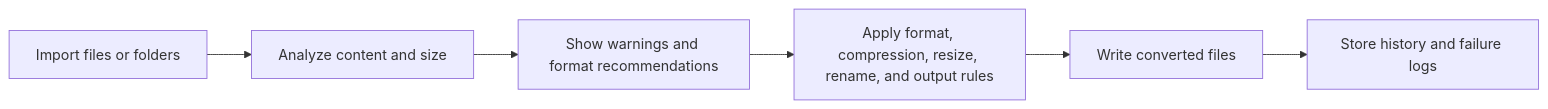
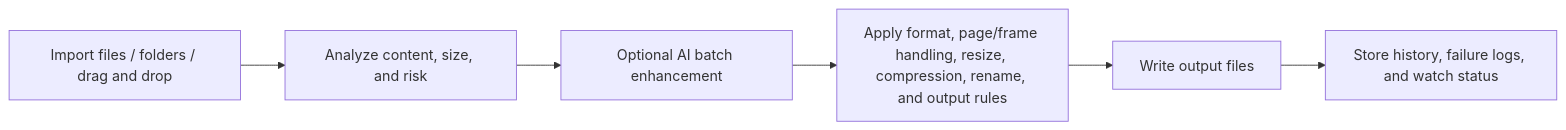
One commit to LPHYSQS/Imvix-Pro changed the diagram in README.en.md. Above: the diagram before and after it, drawn with Mermaid. The commit also changed other lines of this file and 3 other files, not shown here.

````diff
--- a/README.en.md
+++ b/README.en.md
@@ -58,8 +123,8 @@
 ```mermaid
 flowchart LR
-    A["Import files or folders"] --> B["Analyze content and size"]
-    B --> C["Show warnings and format recommendations"]
-    C --> D["Apply format, compression, resize, rename, and output rules"]
-    D --> E["Write converted files"]
-    E --> F["Store history and failure logs"]
+    A["Import files / folders / drag and drop"] --> B["Analyze content, size, and risk"]
+    B --> C["Optional AI batch enhancement"]
+    C --> D["Apply format, page/frame handling, resize, compression, rename, and output rules"]
+    D --> E["Write output files"]
+    E --> F["Store history, failure logs, and watch status"]
 ```
````
